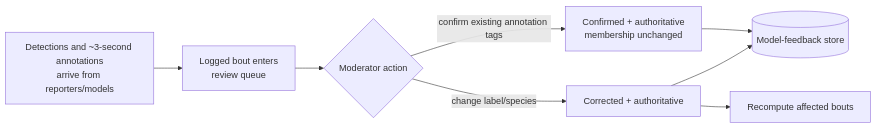
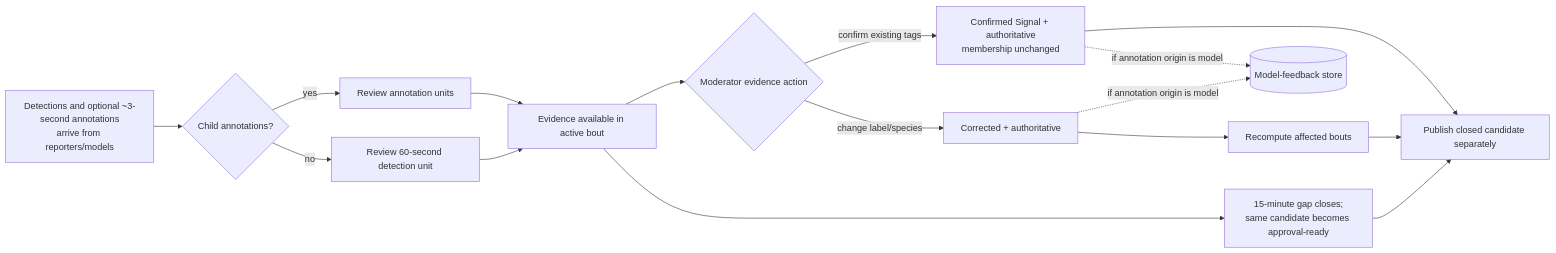
One commit to orcasound/orcahello changed the first of 2 diagrams in ModeratorFrontEnd/specification/signal-moderation-ux-proposal.md. Above: the diagram before and after it, drawn with Mermaid. The commit also changed other lines of this file and 1 other file, not shown here.

````diff
--- a/ModeratorFrontEnd/specification/signal-moderation-ux-proposal.md
+++ b/ModeratorFrontEnd/specification/signal-moderation-ux-proposal.md
@@ -508,10 +620,18 @@
 ```mermaid
 flowchart LR
-  I[Detections and ~3-second annotations<br/>arrive from reporters/models] --> Q[Logged bout enters<br/>review queue]
-  Q --> R{Moderator action}
-  R -- confirm existing annotation tags --> C[Confirmed + authoritative<br/>membership unchanged]
+  I[Detections and optional ~3-second annotations<br/>arrive from reporters/models] --> U{Child annotations?}
+  U -- yes --> A[Review annotation units]
+  U -- no --> D[Review 60-second detection unit]
+  A --> E[Evidence available in active bout]
+  D --> E
+  E --> R{Moderator evidence action}
+  E --> Q[15-minute gap closes;<br/>same candidate becomes approval-ready]
+  R -- confirm existing tags --> C[Confirmed Signal + authoritative<br/>membership unchanged]
   R -- change label/species --> K[Corrected + authoritative]
-  C --> F[(Model-feedback store)]
+  C -. if annotation origin is model .-> F[(Model-feedback store)]
   K --> B[Recompute affected bouts]
-  K --> F
+  K -. if annotation origin is model .-> F
+  C --> P[Publish closed candidate separately]
+  B --> P
+  Q --> P
 ```
````
